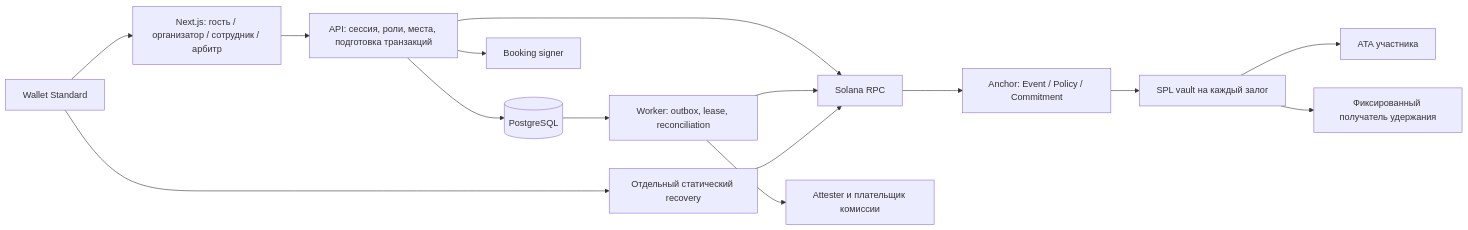
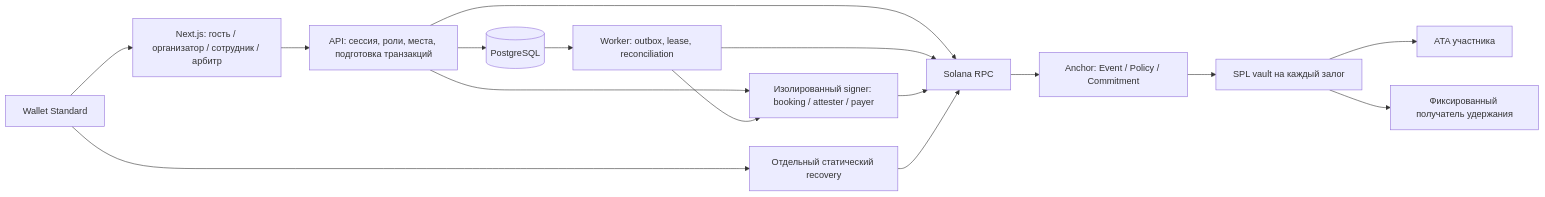
One commit to ernur077sss-art/AttendBack changed the diagram in docs/architecture.ru.md. Above: the diagram before and after it, drawn with Mermaid. The commit also changed other lines of this file and 19 other files, not shown here.

````diff
--- a/docs/architecture.ru.md
+++ b/docs/architecture.ru.md
@@ -5,17 +5,18 @@
 ```mermaid
 flowchart LR
   W[Wallet Standard] --> UI[Next.js: гость / организатор / сотрудник / арбитр]
   UI --> API[API: сессия, роли, места, подготовка транзакций]
   API --> PG[(PostgreSQL)]
   API --> RPC[Solana RPC]
   PG --> WK[Worker: outbox, lease, reconciliation]
   WK --> RPC
-  API --> SS[Booking signer]
-  WK --> AS[Attester и плательщик комиссии]
+  API --> SS[Изолированный signer: booking / attester / payer]
+  WK --> SS
+  SS --> RPC
   RPC --> P[Anchor: Event / Policy / Commitment]
   P --> V[SPL vault на каждый залог]
   V --> G[ATA участника]
   V --> O[Фиксированный получатель удержания]
   W --> R[Отдельный статический recovery]
   R --> RPC
 ```
````
